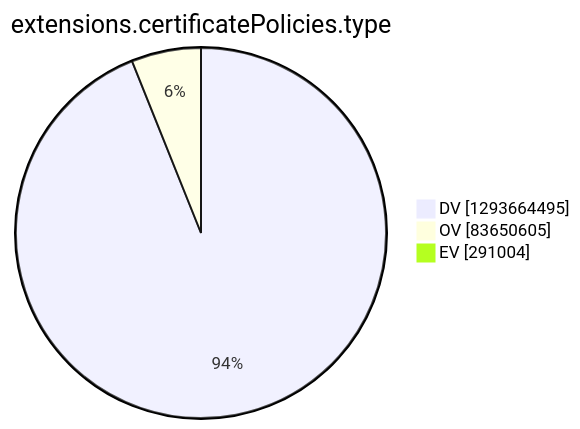
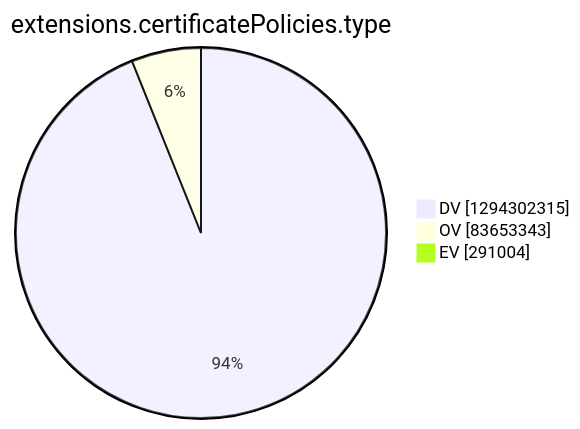
One commit to christiankrug/ctmonitor_visualization changed the tenth of 15 diagrams in argon2022/README.md. Above: the diagram before and after it, drawn with Mermaid. The commit also changed other lines of this file, not shown here.

````diff
--- a/argon2022/README.md
+++ b/argon2022/README.md
@@ -2772,7 +2772,7 @@
 ```mermaid
 pie showData
 title extensions.certificatePolicies.type
-"DV" :1293664495
-"OV" :83650605
+"DV" :1294302315
+"OV" :83653343
 "EV" :291004
 ```
````
